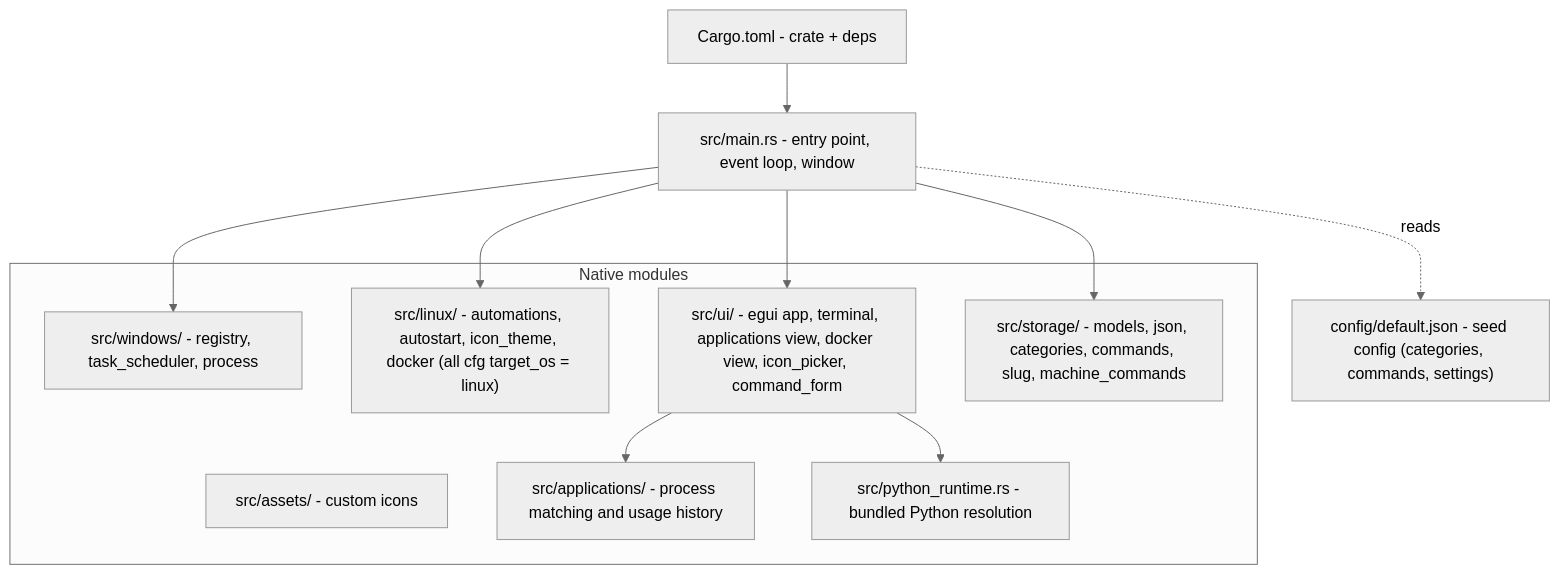
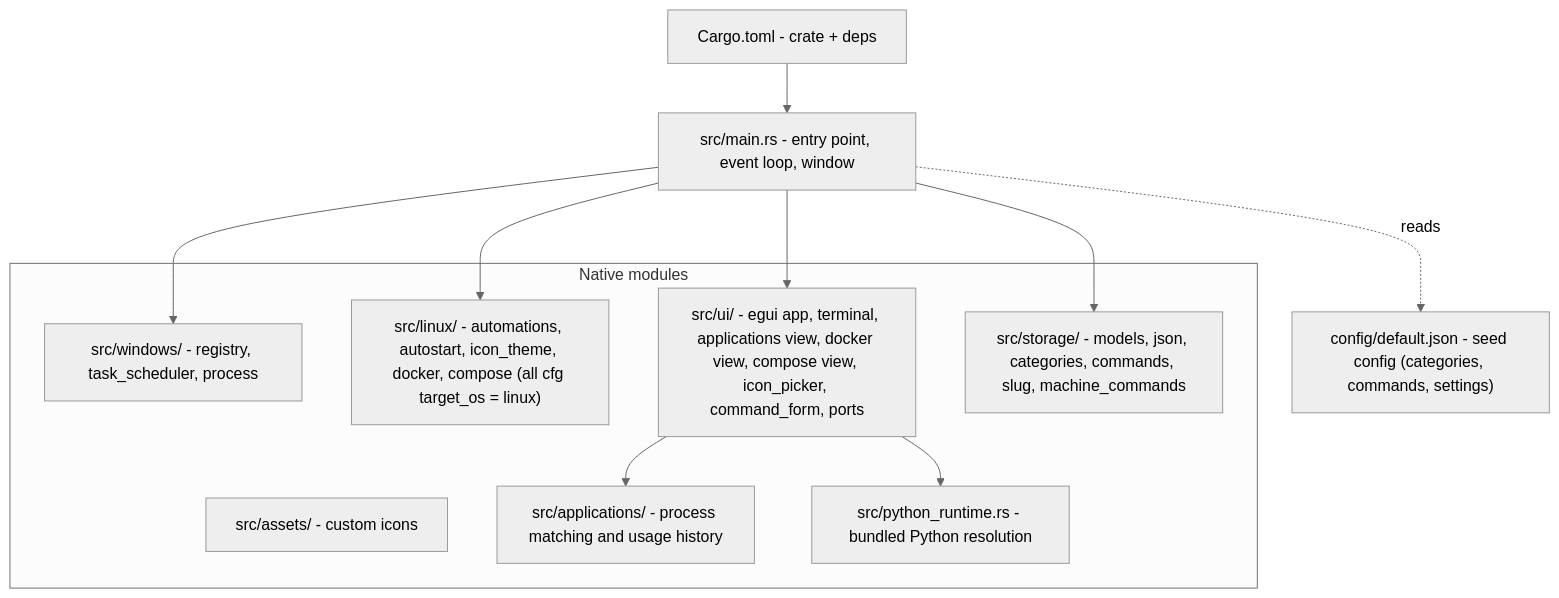
One commit to RebelliousSmile/DevToolBox changed the diagram in aidd_docs/memory/codebase-map.md. Above: the diagram before and after it, drawn with Mermaid (neutral theme). The commit also changed 24 other files, not shown here.

First line of the commit message:
feat(docker): compose stacks, conflits de ports et nettoyage groupé

````diff
--- a/aidd_docs/memory/codebase-map.md
+++ b/aidd_docs/memory/codebase-map.md
@@ -6,26 +6,26 @@
 ```mermaid
 flowchart TD
     MAIN["src/main.rs - entry point, event loop, window"]
     CFG["config/default.json - seed config (categories, commands, settings)"]
     CARGO["Cargo.toml - crate + deps"]
 
     MAIN -.reads.-> CFG
     CARGO --> MAIN
 
     subgraph Native["Native modules"]
         WINMOD["src/windows/ - registry, task_scheduler, process"]
-        LINMOD["src/linux/ - automations, autostart, icon_theme, docker (all cfg target_os = linux)"]
-        UIMOD["src/ui/ - egui app, terminal, applications view, docker view, icon_picker, command_form"]
+        LINMOD["src/linux/ - automations, autostart, icon_theme, docker, compose (all cfg target_os = linux)"]
+        UIMOD["src/ui/ - egui app, terminal, applications view, docker view, compose view, icon_picker, command_form, ports"]
         STOREMOD["src/storage/ - models, json, categories, commands, slug, machine_commands"]
         ASSETS["src/assets/ - custom icons"]
         APPMOD["src/applications/ - process matching and usage history"]
         PYRUN["src/python_runtime.rs - bundled Python resolution"]
     end
 
     MAIN --> WINMOD
     MAIN --> LINMOD
     MAIN --> UIMOD
     MAIN --> STOREMOD
     UIMOD --> APPMOD
     UIMOD --> PYRUN
 ```
````
